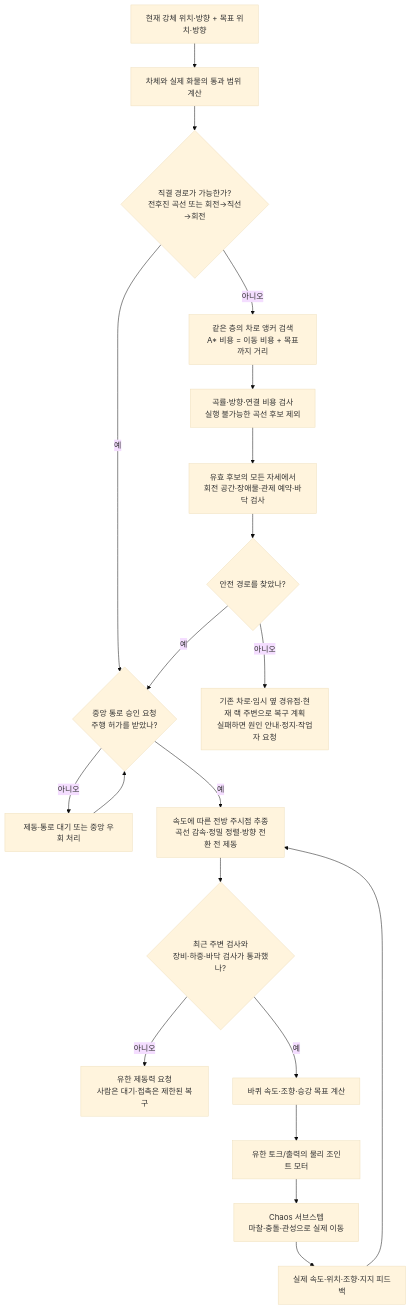
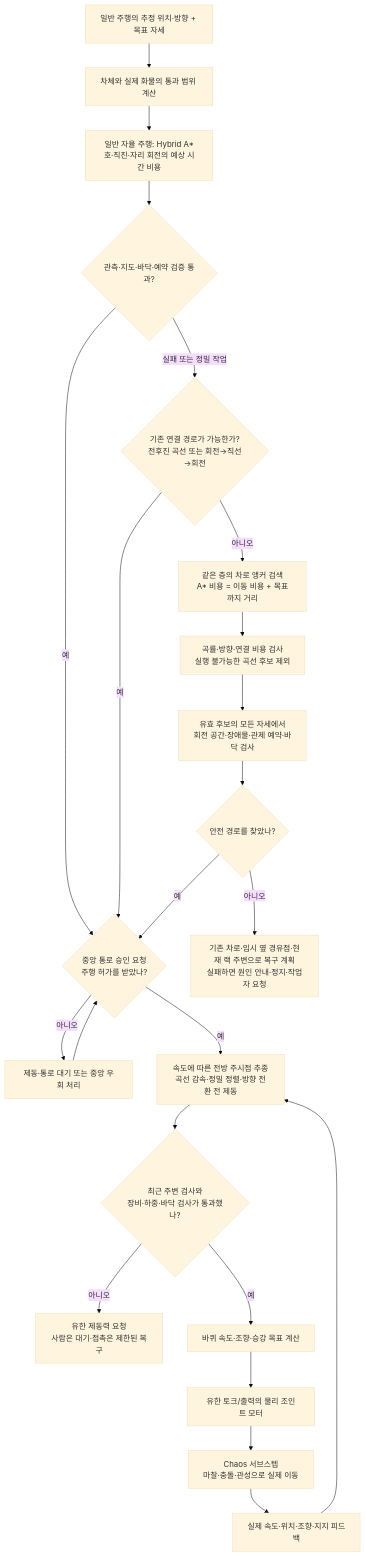
Before and after one commit to graybeeer/msc_vr: the third of 4 diagrams in FLEET_ALGORITHM_COMPARISON.md, drawn with Mermaid (base theme). The commit also changed other lines of this file and 12 other files, not shown here.

````diff
--- a/FLEET_ALGORITHM_COMPARISON.md
+++ b/FLEET_ALGORITHM_COMPARISON.md
@@ -99,22 +101,25 @@
 ```mermaid
 flowchart TD
-    Pose["현재 강체 위치·방향 + 목표 위치·방향"] --> Envelope["차체와 실제 화물의 통과 범위 계산"]
-    Envelope --> Direct{"직결 경로가 가능한가?<br/>전후진 곡선 또는 회전→직선→회전"}
+    Pose["일반 주행의 추정 위치·방향 + 목표 자세"] --> Envelope["차체와 실제 화물의 통과 범위 계산"]
+    Envelope --> Hybrid["일반 자율 주행: Hybrid A*<br/>호·직진·자리 회전의 예상 시간 비용"]
+    Hybrid --> HybridFound{"관측·지도·바닥·예약 검증 통과?"}
+    HybridFound -- 예 --> Permit
+    HybridFound -- 실패 또는 정밀 작업 --> Direct{"기존 연결 경로가 가능한가?<br/>전후진 곡선 또는 회전→직선→회전"}
     Direct -- 아니오 --> Graph["같은 층의 차로 앵커 검색<br/>A* 비용 = 이동 비용 + 목표까지 거리"]
     Graph --> Geometry["곡률·방향·연결 비용 검사<br/>실행 불가능한 곡선 후보 제외"]
     Geometry --> Edge["유효 후보의 모든 자세에서<br/>회전 공간·장애물·관제 예약·바닥 검사"]
     Direct -- 예 --> Permit
     Edge --> Found{"안전 경로를 찾았나?"}
     Found -- 아니오 --> Recovery["기존 차로·임시 옆 경유점·현재 랙 주변으로 복구 계획<br/>실패하면 원인 안내·정지·작업자 요청"]
     Found -- 예 --> Permit{"중앙 통로 승인 요청<br/>주행 허가를 받았나?"}
     Permit -- 아니오 --> TrafficWait["제동·통로 대기 또는 중앙 우회 처리"]
     TrafficWait --> Permit
     Permit -- 예 --> Follow["속도에 따른 전방 주시점 추종<br/>곡선 감속·정밀 정렬·방향 전환 전 제동"]
     Follow --> Safe{"최근 주변 검사와<br/>장비·하중·바닥 검사가 통과했나?"}
     Safe -- 아니오 --> Brake["유한 제동력 요청<br/>사람은 대기·접촉은 제한된 복구"]
     Safe -- 예 --> Drive["바퀴 속도·조향·승강 목표 계산"]
     Drive --> Motor["유한 토크/출력의 물리 조인트 모터"]
     Motor --> Contact["Chaos 서브스텝<br/>마찰·충돌·관성으로 실제 이동"]
     Contact --> Feedback["실제 속도·위치·조향·지지 피드백"]
     Feedback --> Follow
 ```
````
